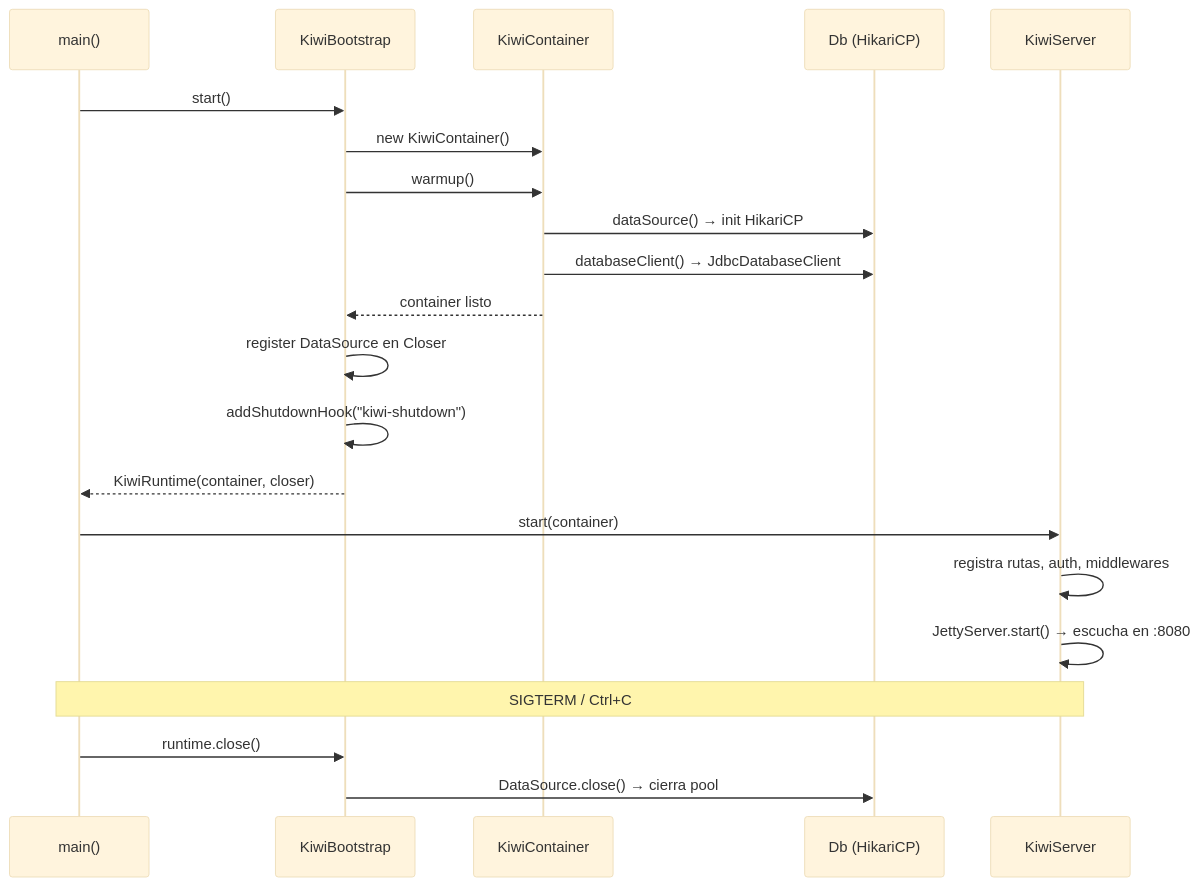
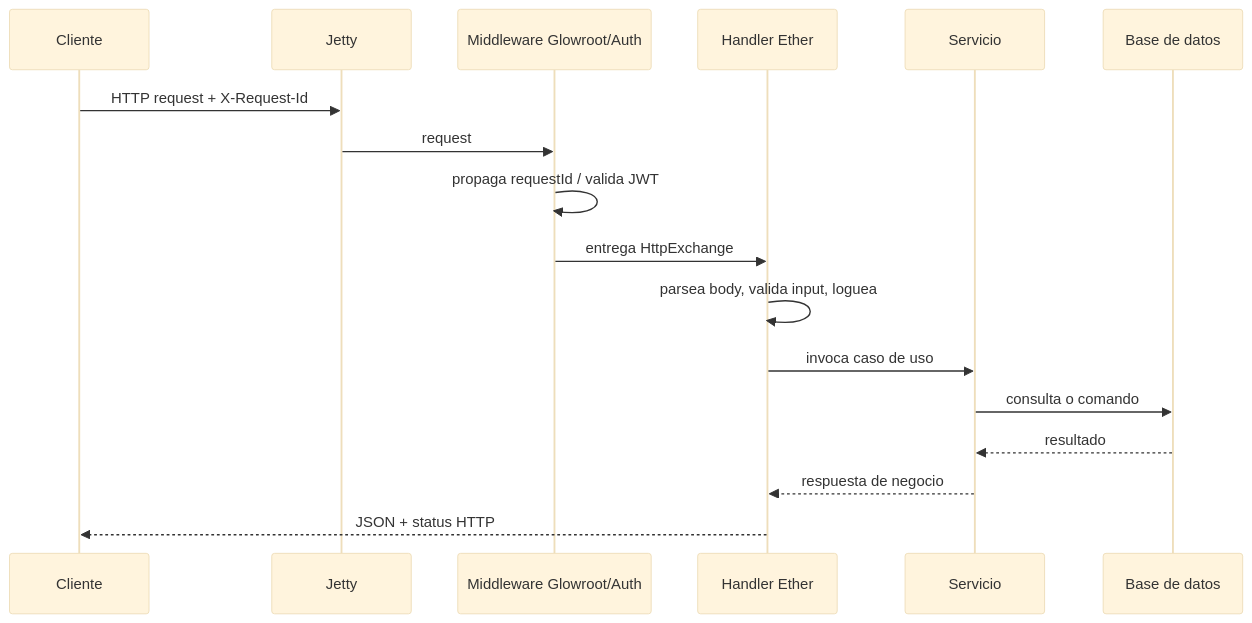
Before and after one commit to rafex/ether-deployment-hub: the diagram in docs/examples/kiwi.md, drawn with Mermaid (base theme). The commit also changed other lines of this file and 1 other file, not shown here.

````diff
--- a/docs/examples/kiwi.md
+++ b/docs/examples/kiwi.md
@@ -389,24 +540,20 @@
 ```mermaid
 sequenceDiagram
-    participant M as main()
-    participant B as KiwiBootstrap
-    participant C as KiwiContainer
-    participant DB as Db (HikariCP)
-    participant S as KiwiServer
+    participant C as Cliente
+    participant J as Jetty
+    participant M as Middleware Glowroot/Auth
+    participant H as Handler Ether
+    participant S as Servicio
+    participant DB as Base de datos
 
-    M->>B: start()
-    B->>C: new KiwiContainer()
-    B->>C: warmup()
-    C->>DB: dataSource() → init HikariCP
-    C->>DB: databaseClient() → JdbcDatabaseClient
-    C-->>B: container listo
-    B->>B: register DataSource en Closer
-    B->>B: addShutdownHook("kiwi-shutdown")
-    B-->>M: KiwiRuntime(container, closer)
-    M->>S: start(container)
-    S->>S: registra rutas, auth, middlewares
-    S->>S: JettyServer.start() → escucha en :8080
-    Note over M,S: SIGTERM / Ctrl+C
-    M->>B: runtime.close()
-    B->>DB: DataSource.close() → cierra pool
+    C->>J: HTTP request + X-Request-Id
+    J->>M: request
+    M->>M: propaga requestId / valida JWT
+    M->>H: entrega HttpExchange
+    H->>H: parsea body, valida input, loguea
+    H->>S: invoca caso de uso
+    S->>DB: consulta o comando
+    DB-->>S: resultado
+    S-->>H: respuesta de negocio
+    H-->>C: JSON + status HTTP
 ```
````
